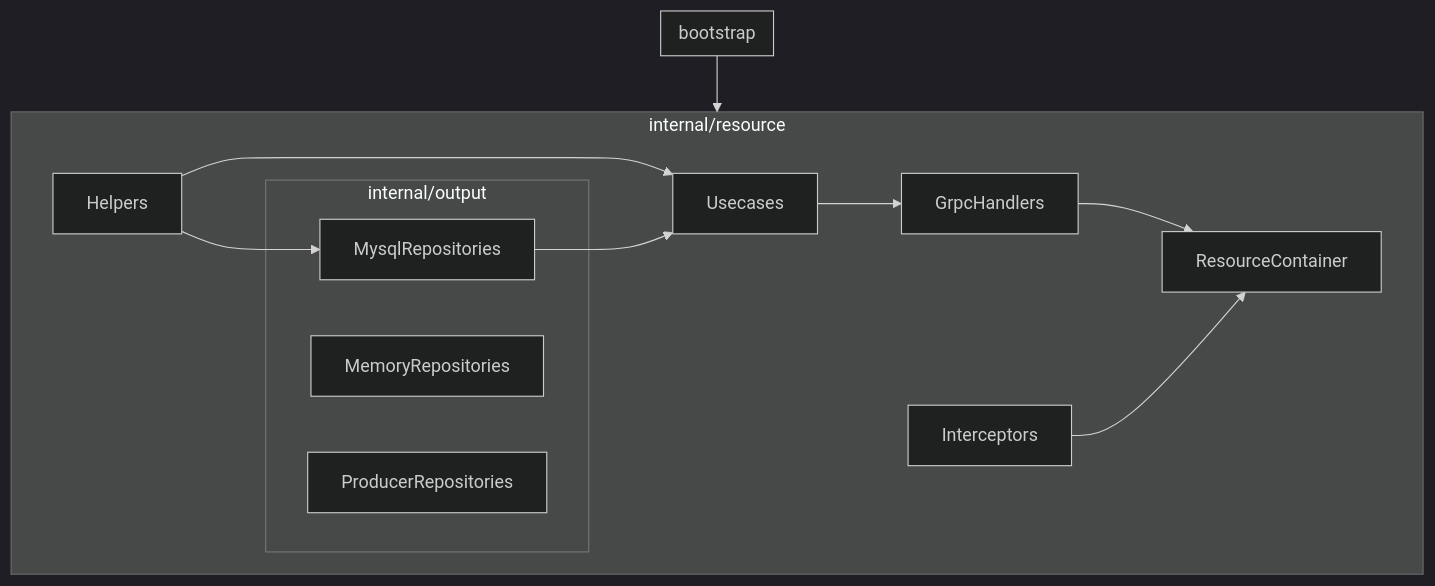
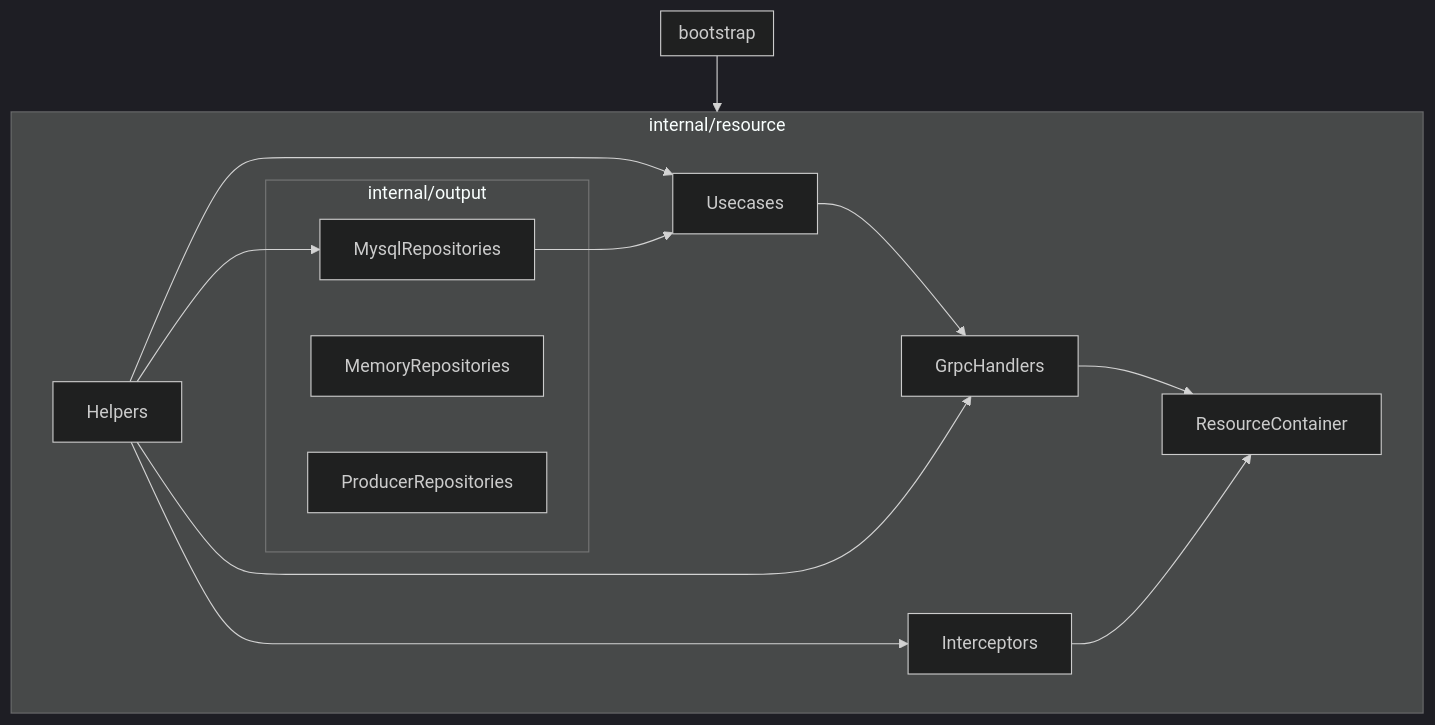
The diagram in README.md (doroke7/landan-backend-hexagon), drawn with Mermaid (dark theme) before and after one commit. The commit also changed other lines of this file, not shown here.

````diff
--- a/README.md
+++ b/README.md
@@ -172,26 +172,28 @@
 ```mermaid
 graph TD
     subgraph bootstrap
     end
 
     subgraph internal/resource
         Helpers --> MysqlRepositories
 
         subgraph internal/output
             MysqlRepositories
             MemoryRepositories
             ProducerRepositories
         end
 
         Helpers --> Usecases
         MysqlRepositories --> Usecases
         Usecases --> GrpcHandlers
+        Helpers --> GrpcHandlers
 
         Interceptors
+        Helpers --> Interceptors
 
         GrpcHandlers --> ResourceContainer
         Interceptors --> ResourceContainer
     end
 
     bootstrap --> internal/resource
 ```
````
